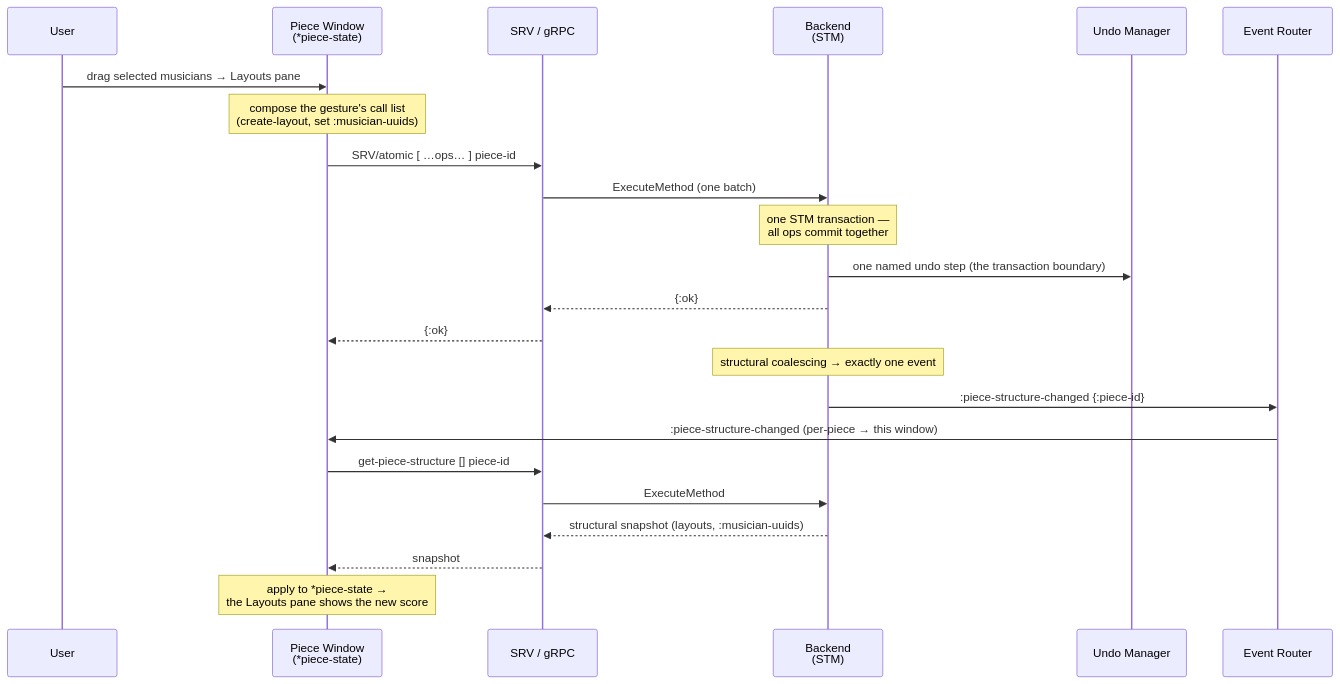
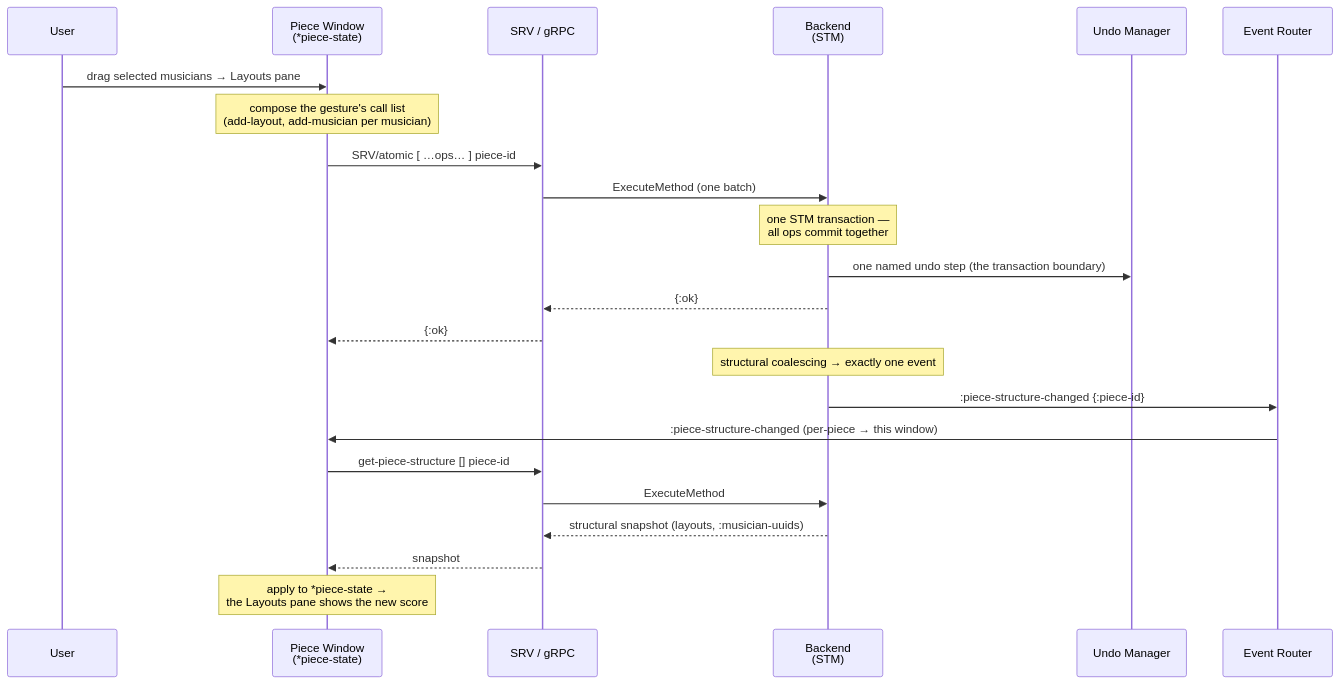
One commit to PeterBengtson/Ooloi-docs changed the first of 2 diagrams in ADRs/0053-Piece-Window-and-Piece-Preferences.md. Above: the diagram before and after it, drawn with Mermaid. The commit also changed other lines of this file, not shown here.

Commit message:
Documentation sync 2026-07-10

````diff
--- a/ADRs/0053-Piece-Window-and-Piece-Preferences.md
+++ b/ADRs/0053-Piece-Window-and-Piece-Preferences.md
@@ -136,26 +136,26 @@
 ```mermaid
 sequenceDiagram
     participant U as User
     participant PW as Piece Window<br/>(*piece-state)
     participant SRV as SRV / gRPC
     participant BE as Backend<br/>(STM)
     participant UM as Undo Manager
     participant ER as Event Router
 
     U->>PW: drag selected musicians → Layouts pane
-    Note over PW: compose the gesture's call list<br/>(create-layout, set :musician-uuids)
+    Note over PW: compose the gesture's call list<br/>(add-layout, add-musician per musician)
     PW->>SRV: SRV/atomic [ …ops… ] piece-id
     SRV->>BE: ExecuteMethod (one batch)
     Note over BE: one STM transaction —<br/>all ops commit together
     BE->>UM: one named undo step (the transaction boundary)
     BE-->>SRV: {:ok}
     SRV-->>PW: {:ok}
     Note over BE: structural coalescing → exactly one event
     BE->>ER: :piece-structure-changed {:piece-id}
     ER->>PW: :piece-structure-changed (per-piece → this window)
     PW->>SRV: get-piece-structure [] piece-id
     SRV->>BE: ExecuteMethod
     BE-->>SRV: structural snapshot (layouts, :musician-uuids)
     SRV-->>PW: snapshot
     Note over PW: apply to *piece-state →<br/>the Layouts pane shows the new score
 ```
````
